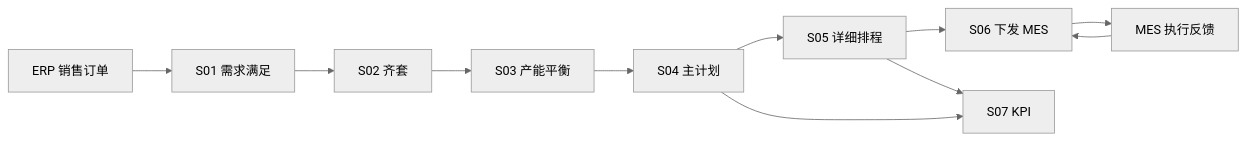
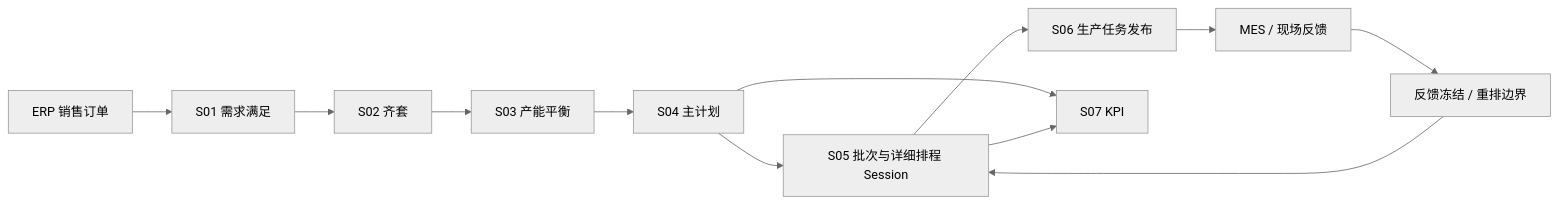
One commit to lujie1980-oss/plant-operation-plan changed the first of 3 diagrams in docs/PROJECT_DOCUMENTATION.md. Above: the diagram before and after it, drawn with Mermaid (neutral theme). The commit also changed other lines of this file and 2 other files, not shown here.

````diff
--- a/docs/PROJECT_DOCUMENTATION.md
+++ b/docs/PROJECT_DOCUMENTATION.md
@@ -86,13 +90,14 @@
 ```mermaid
 flowchart LR
   ERP[ERP 销售订单] --> S01[S01 需求满足]
   S01 --> S02[S02 齐套]
   S02 --> S03[S03 产能平衡]
   S03 --> S04[S04 主计划]
-  S04 --> S05[S05 详细排程]
-  S05 --> S06[S06 下发 MES]
-  S06 --> MES[MES 执行反馈]
-  MES --> S06
+  S04 --> S05[S05 批次与详细排程 Session]
+  S05 --> S06[S06 生产任务发布]
+  S06 --> MES[MES / 现场反馈]
+  MES --> FEEDBACK[反馈冻结 / 重排边界]
+  FEEDBACK --> S05
   S04 --> S07[S07 KPI]
   S05 --> S07
 ```
````
